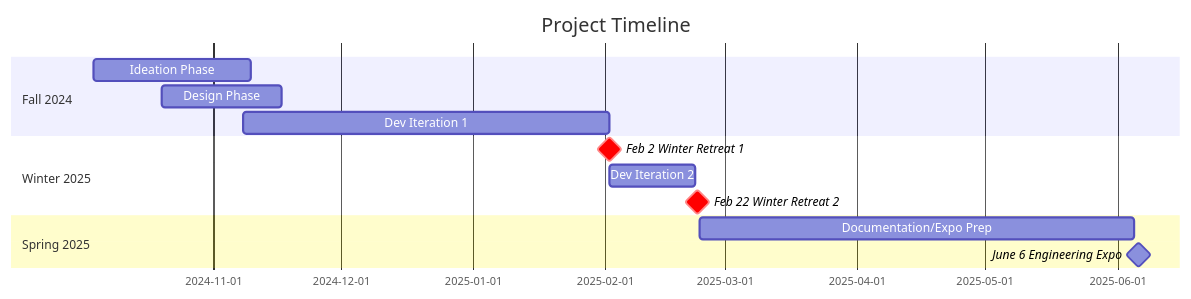
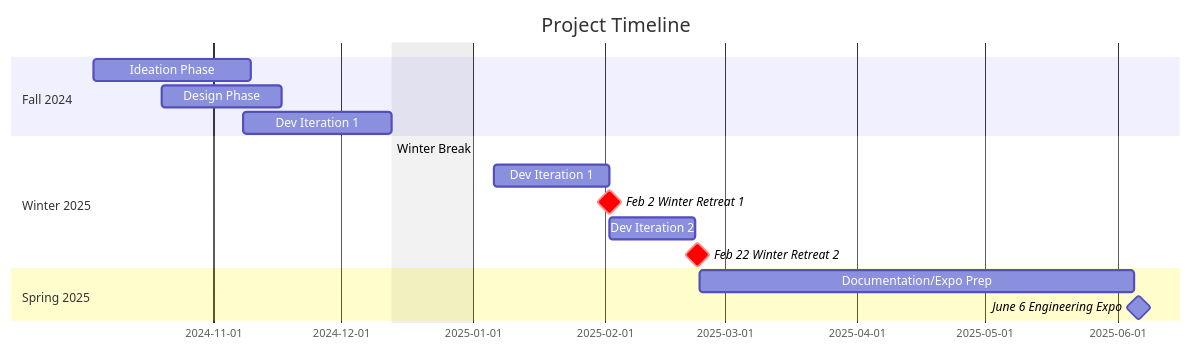
The diagram in README.md (zieglben/humanrobotretreat), drawn with Mermaid before and after one commit.

````diff
--- a/README.md
+++ b/README.md
@@ -64,19 +64,22 @@
 ```mermaid
     gantt
     dateFormat  YYYY-MM-DD
     title Project Timeline
+    excludes 2024-12-13, 2024-12-14, 2024-12-15, 2024-12-16, 2024-12-17, 2024-12-18, 2024-12-19, 2024-12-20, 2024-12-21, 2024-12-22, 2024-12-23, 2024-12-24, 2024-12-25, 2024-12-26, 2024-12-27, 2024-12-28, 2024-12-29, 2024-12-30, 2024-12-31, 2025-1-1, 2025-1-2, 2025-1-3, 2025-1-4, 2025-1-6
 
     section Fall 2024
     Ideation Phase           :ideate, 2024-10-4, 2024-11-10
     Design Phase             :design, 2024-10-20, 2024-11-17
-    Dev Iteration 1          :dev1, 2024-11-8, until retreat1
+    Dev Iteration 1          :dev1, 2024-11-8, 2024-12-13
 
     section Winter 2025
+    Winter Break             :break, after dev1, 2025-1-6
+    Dev Iteration 1          :dev1_2, 2025-1-6, until retreat1
     Feb 2 Winter Retreat 1   :crit,milestone, retreat1, 2025-02-02, 0d
     Dev Iteration 2          :dev2, after retreat1, until retreat2
     Feb 22 Winter Retreat 2         :crit, milestone, retreat2, 2025-02-22, until docs
 
     section Spring 2025
     Documentation/Expo Prep  :docs, 2025-02-23, 2025-06-05
     June 6 Engineering Expo    :milestone, expo, 2025-06-06, 0d
 ```
````
